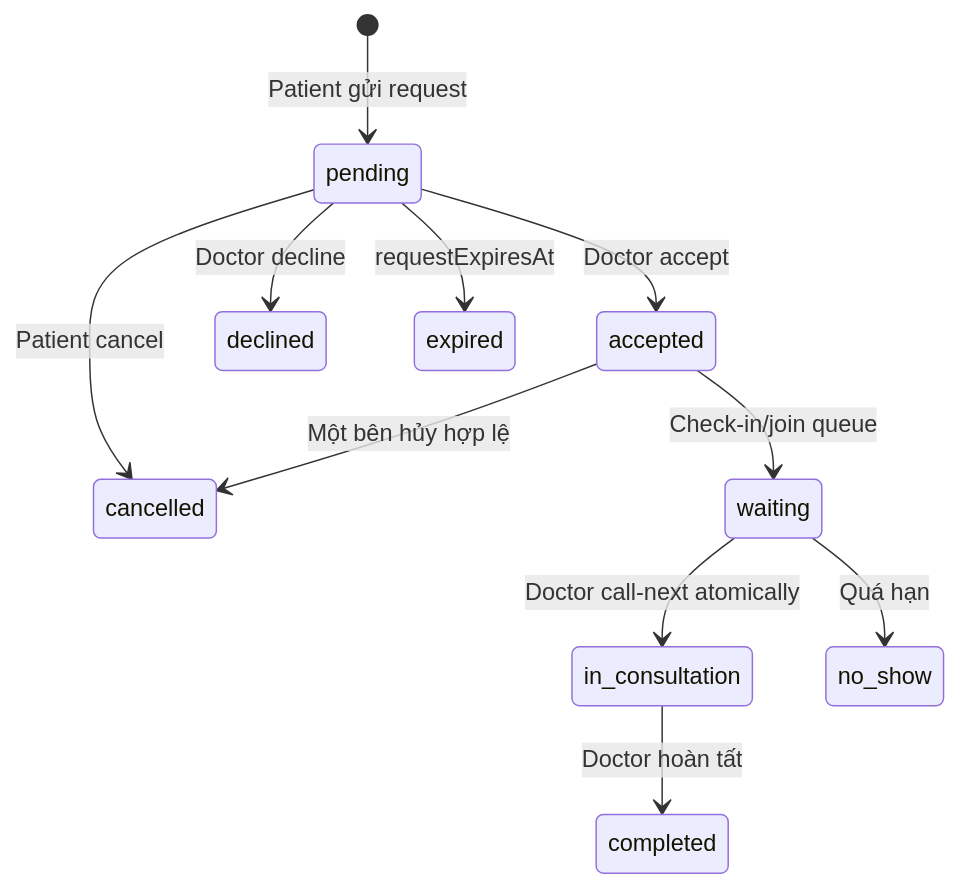
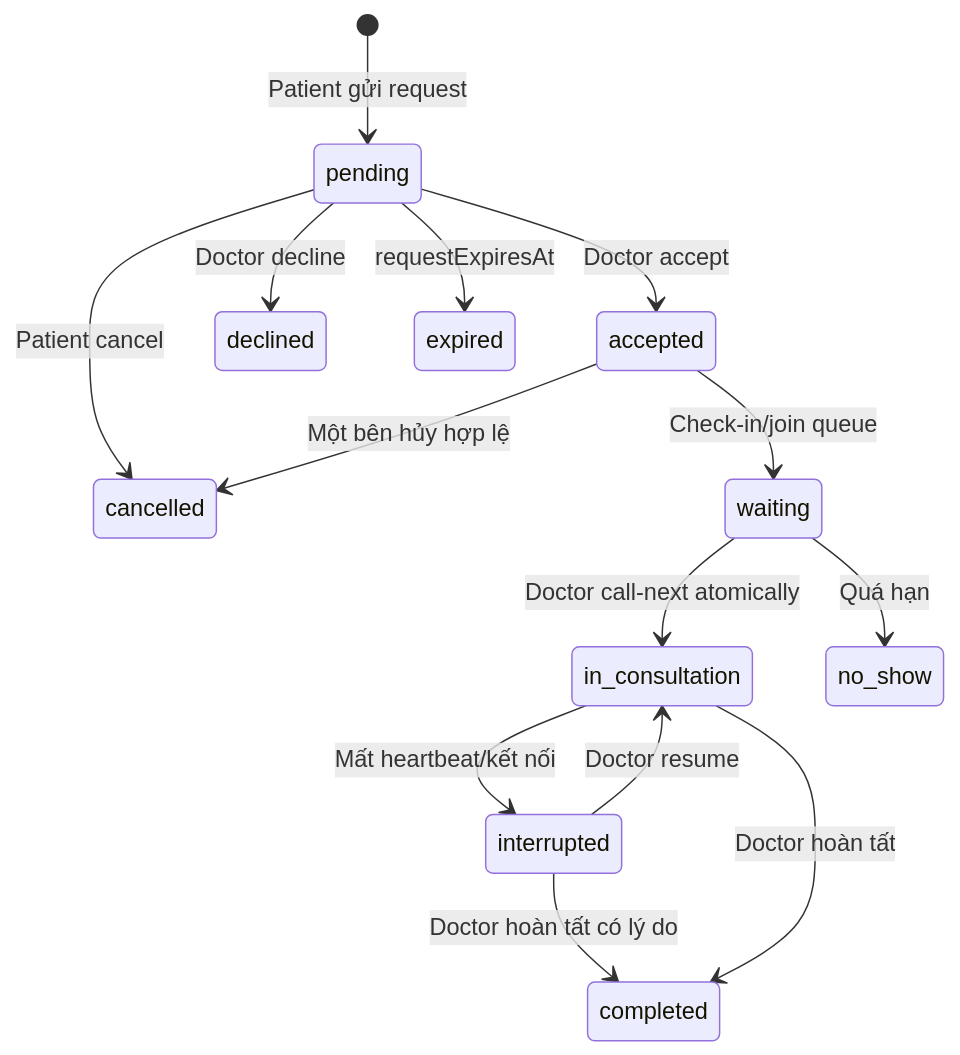
The second of 4 diagrams in docs/overview.md (Bakaguya-sama/Healthcare-System), drawn with Mermaid before and after one commit. The commit also changed other lines of this file and 8 other files, not shown here.

````diff
--- a/docs/overview.md
+++ b/docs/overview.md
@@ -147,13 +147,16 @@
 ```mermaid
 stateDiagram-v2
     [*] --> pending: Patient gửi request
     pending --> accepted: Doctor accept
     pending --> declined: Doctor decline
     pending --> cancelled: Patient cancel
     pending --> expired: requestExpiresAt
     accepted --> waiting: Check-in/join queue
     accepted --> cancelled: Một bên hủy hợp lệ
     waiting --> in_consultation: Doctor call-next atomically
     waiting --> no_show: Quá hạn
+    in_consultation --> interrupted: Mất heartbeat/kết nối
+    interrupted --> in_consultation: Doctor resume
+    interrupted --> completed: Doctor hoàn tất có lý do
     in_consultation --> completed: Doctor hoàn tất
 ```
````
